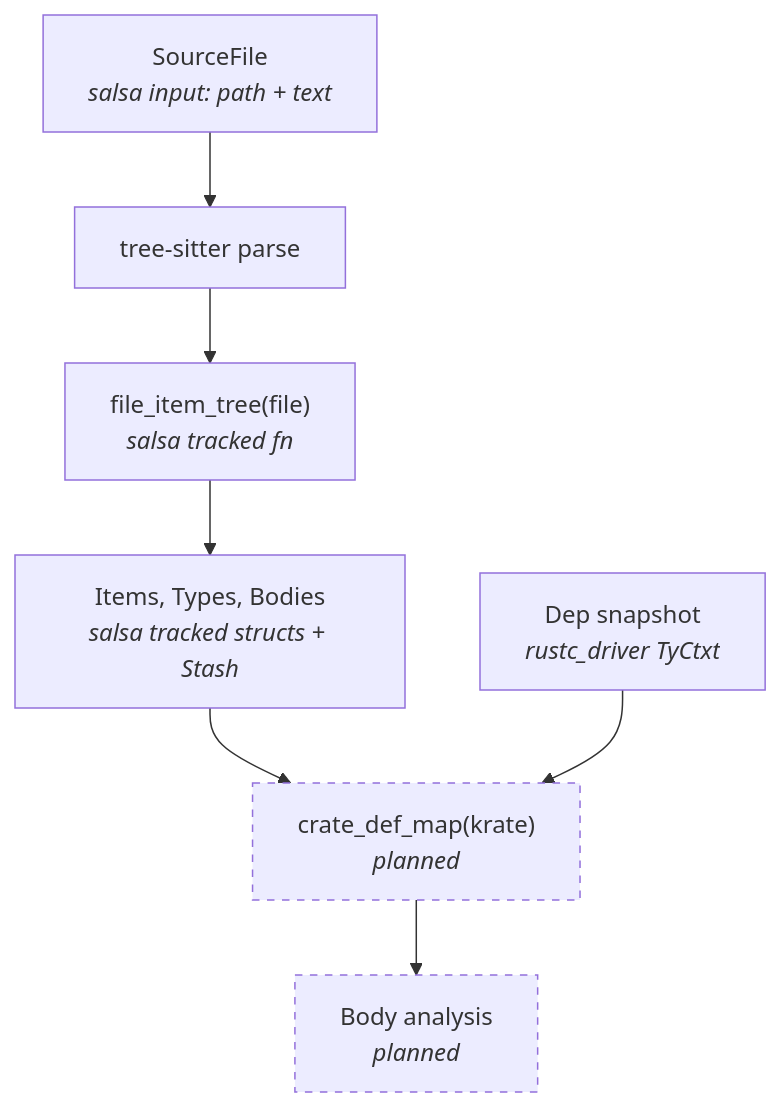
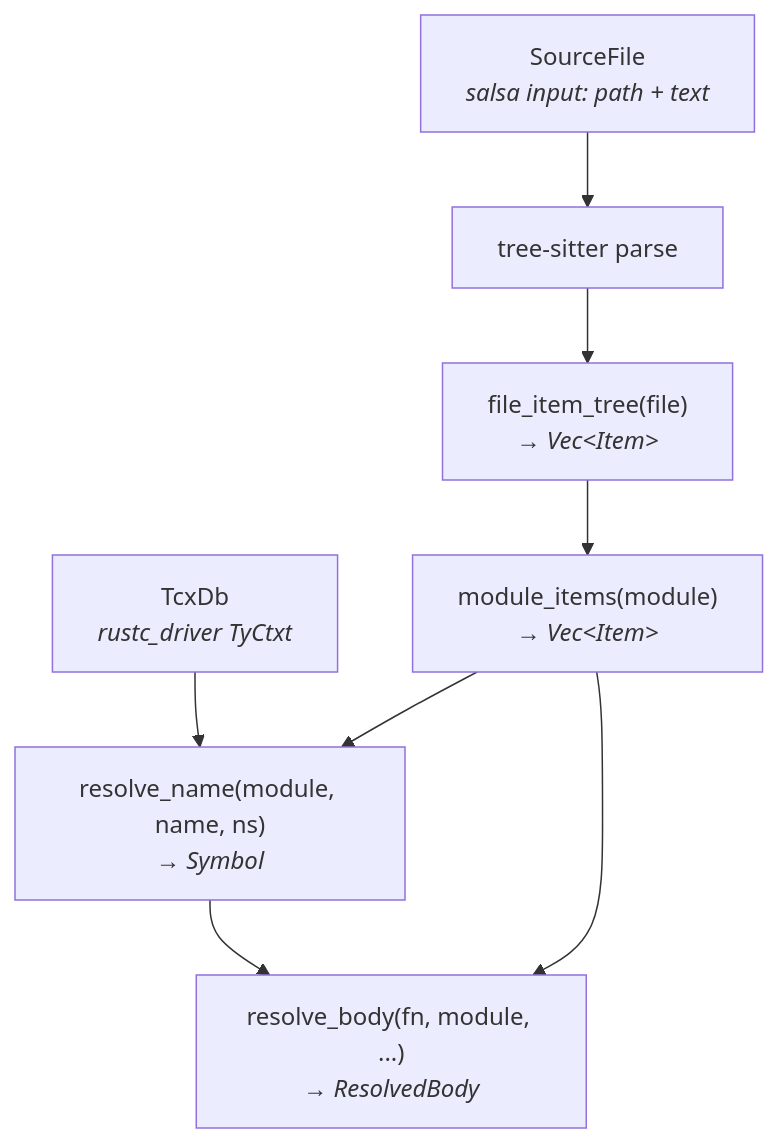
Before and after one commit to nikomatsakis/sage-dev: the diagram in md/design/arch.md, drawn with Mermaid. The commit also changed other lines of this file and 3 other files, not shown here.

Commit message:
update design docs, add sage-architecture skill

````diff
--- a/md/design/arch.md
+++ b/md/design/arch.md
@@ -8,18 +10,16 @@
 ```mermaid
 graph TD
     SF["SourceFile<br><i>salsa input: path + text</i>"]
     TS["tree-sitter parse"]
-    FIT["file_item_tree(file)<br><i>salsa tracked fn</i>"]
-    Items["Items, Types, Bodies<br><i>salsa tracked structs + Stash</i>"]
-    CDM["crate_def_map(krate)<br><i>planned</i>"]
-    BA["Body analysis<br><i>planned</i>"]
-    DS["Dep snapshot<br><i>rustc_driver TyCtxt</i>"]
+    FIT["file_item_tree(file)<br><i>→ Vec&lt;Item&gt;</i>"]
+    MI["module_items(module)<br><i>→ Vec&lt;Item&gt;</i>"]
+    RN["resolve_name(module, name, ns)<br><i>→ Symbol</i>"]
+    RB["resolve_body(fn, module, ...)<br><i>→ ResolvedBody</i>"]
+    DS["TcxDb<br><i>rustc_driver TyCtxt</i>"]
 
-    SF --> TS --> FIT --> Items
-    Items --> CDM
-    DS --> CDM
-    CDM --> BA
-
-    style CDM stroke-dasharray: 5 5
-    style BA stroke-dasharray: 5 5
+    SF --> TS --> FIT --> MI
+    DS --> RN
+    MI --> RN
+    RN --> RB
+    MI --> RB
 ```
````
